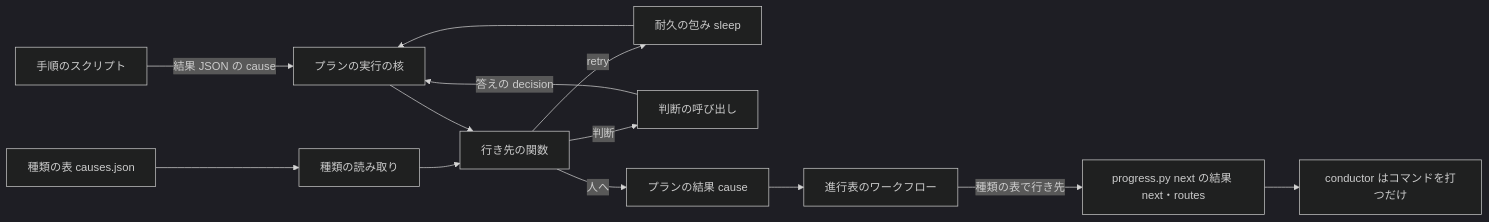
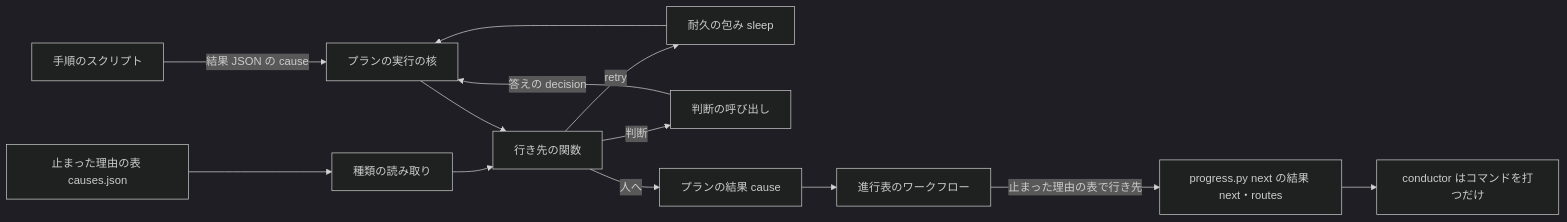
The first of 2 diagrams in issues/issue-1142-design-scripted-flow.md (devbasex/ai-plugins), drawn with Mermaid (dark theme) before and after one commit. The commit also changed other lines of this file and 5 other files, not shown here.

First line of the commit message:
Docs: #1142 の設計の未決 3 件を直す（止まった理由の表の改名・jsonschema は DT1 が足す・判定データと要求の判定表の対応）

````diff
--- a/issues/issue-1142-design-scripted-flow.md
+++ b/issues/issue-1142-design-scripted-flow.md
@@ -236,15 +236,15 @@
 ```mermaid
 graph LR
     S[手順のスクリプト] -->|結果 JSON の cause| E[プランの実行の核]
-    T[種類の表 causes.json] --> C[種類の読み取り]
+    T[止まった理由の表 causes.json] --> C[種類の読み取り]
     C --> R[行き先の関数]
     E --> R
     R -->|retry| D[耐久の包み sleep]
     D --> E
     R -->|判断| J[判断の呼び出し]
     J -->|答えの decision| E
     R -->|人へ| P[プランの結果 cause]
     P --> W[進行表のワークフロー]
-    W -->|種類の表で行き先| N[progress.py next の結果 next・routes]
+    W -->|止まった理由の表で行き先| N[progress.py next の結果 next・routes]
     N --> K[conductor はコマンドを打つだけ]
 ```
````
